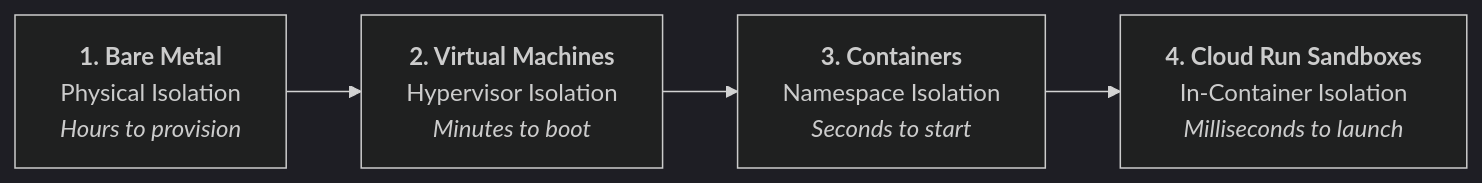
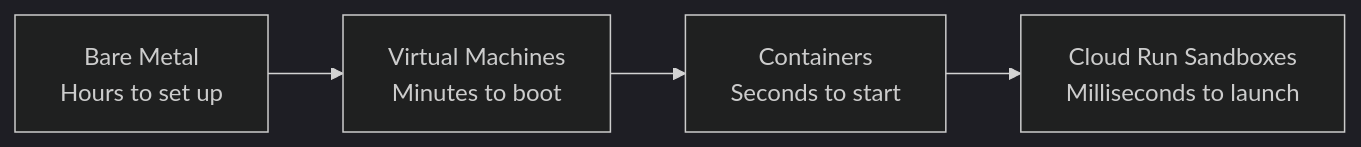
One commit to rominirani/cloud-run-sandboxes changed the first of 7 diagrams in TUTORIAL.md. Above: the diagram before and after it, drawn with Mermaid (dark theme). The commit also changed other lines of this file, not shown here.

Commit message:
docs: simplify mermaid diagrams and refine prose for natural, human clarity

````diff
--- a/TUTORIAL.md
+++ b/TUTORIAL.md
@@ -45,7 +48,6 @@
 ```mermaid
 flowchart LR
-    A["<b>1. Bare Metal</b><br/>Physical Isolation<br/><i>Hours to provision</i>"] --> 
-    B["<b>2. Virtual Machines</b><br/>Hypervisor Isolation<br/><i>Minutes to boot</i>"] --> 
-    C["<b>3. Containers</b><br/>Namespace Isolation<br/><i>Seconds to start</i>"] --> 
-    D["<b>4. Cloud Run Sandboxes</b><br/>In-Container Isolation<br/><i>Milliseconds to launch</i>"]
+    A["Bare Metal<br/>Hours to set up"] --> B["Virtual Machines<br/>Minutes to boot"]
+    B --> C["Containers<br/>Seconds to start"]
+    C --> D["Cloud Run Sandboxes<br/>Milliseconds to launch"]
 ```
````
